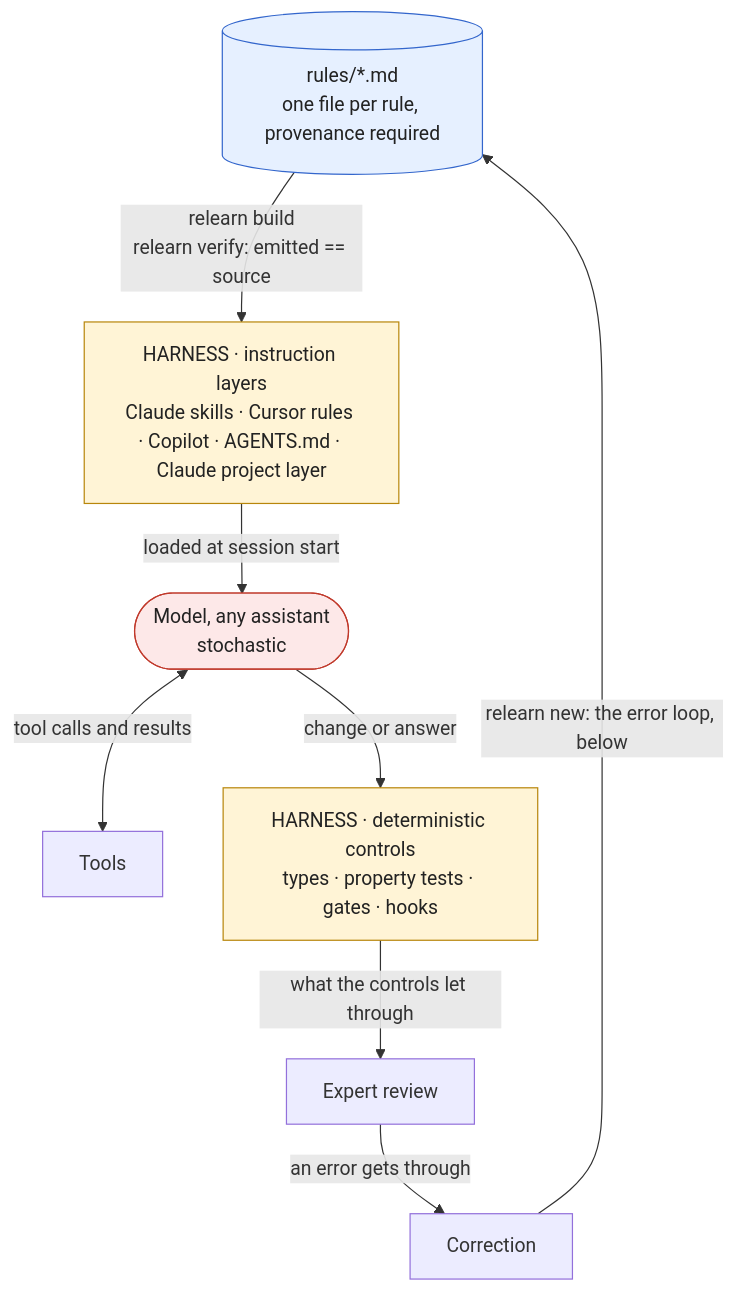
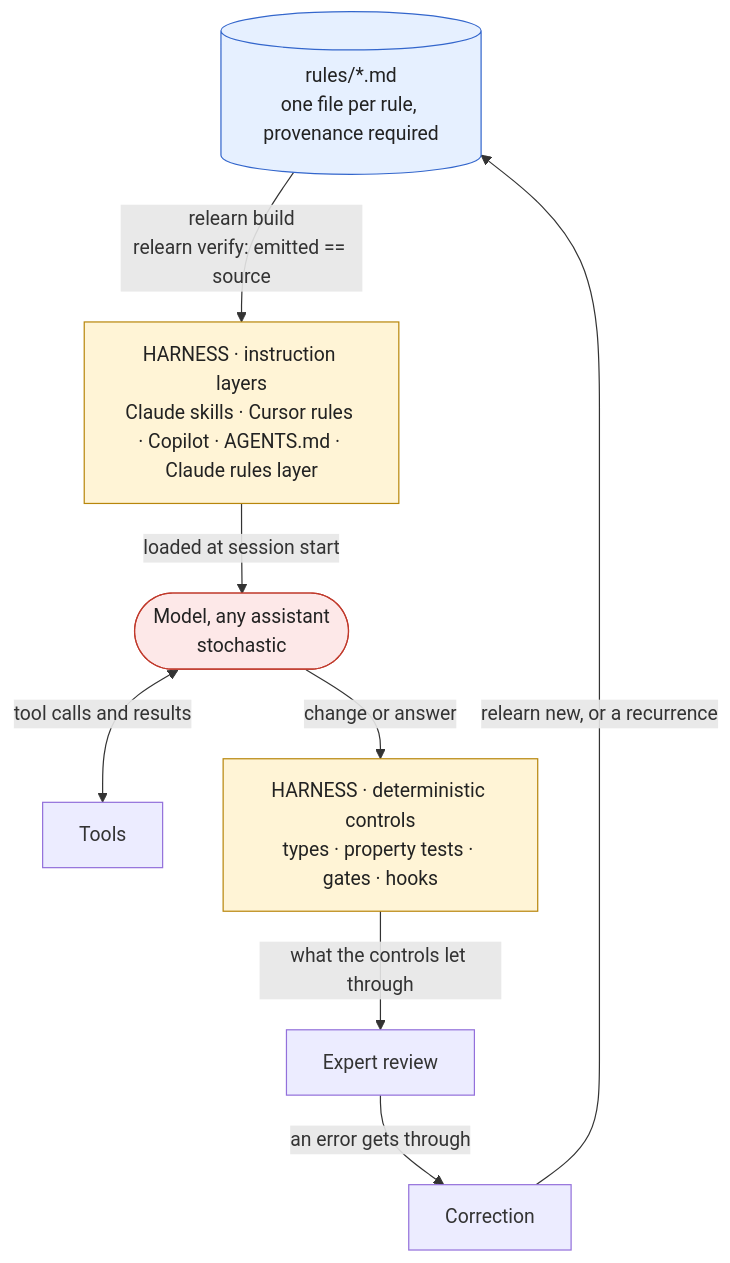
Before and after one commit to george-andrikopoulos/relearn: the first of 2 diagrams in README.md, drawn with Mermaid. The commit also changed other lines of this file and 5 other files, not shown here.

````diff
--- a/README.md
+++ b/README.md
@@ -19,25 +101,25 @@
 ```mermaid
 flowchart TD
     rules[("rules/*.md<br/>one file per rule, provenance required")]
-    layers["HARNESS · instruction layers<br/>Claude skills · Cursor rules · Copilot · AGENTS.md · Claude project layer"]
+    layers["HARNESS · instruction layers<br/>Claude skills · Cursor rules · Copilot · AGENTS.md · Claude rules layer"]
     model(["Model, any assistant<br/>stochastic"])
     tools["Tools"]
     controls["HARNESS · deterministic controls<br/>types · property tests · gates · hooks"]
     review["Expert review"]
     correction["Correction"]
 
     rules -->|"relearn build<br/>relearn verify: emitted == source"| layers
     layers -->|"loaded at session start"| model
     model <-->|"tool calls and results"| tools
     model -->|"change or answer"| controls
     controls -->|"what the controls let through"| review
     review -->|"an error gets through"| correction
-    correction -->|"relearn new: the error loop, below"| rules
+    correction -->|"relearn new, or a recurrence"| rules
 
     classDef harness fill:#fff4d6,stroke:#b8860b,color:#222
     classDef source fill:#e6f0ff,stroke:#3366cc,color:#222
     classDef stochastic fill:#fde8e8,stroke:#c0392b,color:#222
     class layers,controls harness
     class rules source
     class model stochastic
 ```
````
